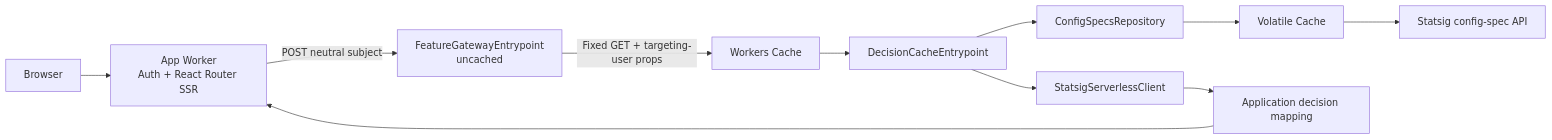
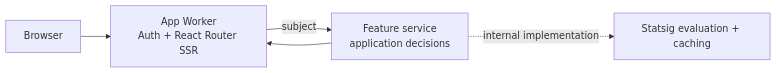
Before and after one commit to irvinebroque/reference-example-kitchen-sink: the diagram in README.md, drawn with Mermaid. The commit also changed other lines of this file and 1 other file, not shown here.

Commit message:
docs: explain feature service cache boundary

````diff
--- a/README.md
+++ b/README.md
@@ -34,13 +42,7 @@
 ```mermaid
 flowchart LR
     Browser --> App["App Worker\nAuth + React Router SSR"]
-    App -->|"POST neutral subject"| Gateway["FeatureGatewayEntrypoint\nuncached"]
-    Gateway -->|"Fixed GET + targeting-user props"| Cache["Workers Cache"]
-    Cache --> Decisions["DecisionCacheEntrypoint"]
-    Decisions --> Repository["ConfigSpecsRepository"]
-    Repository --> Volatile["Volatile Cache"]
-    Volatile --> Provider["Statsig config-spec API"]
-    Decisions --> SDK["StatsigServerlessClient"]
-    SDK --> Mapping["Application decision mapping"]
-    Mapping --> App
+    App -->|"subject"| Service["Feature service\napplication decisions"]
+    Service --> App
+    Service -.->|"internal implementation"| Statsig["Statsig evaluation + caching"]
 ```
````
